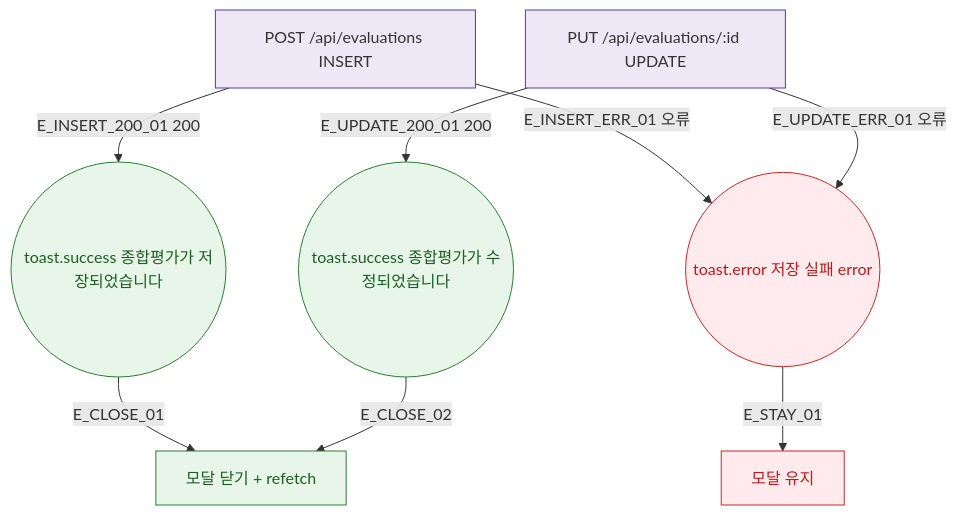
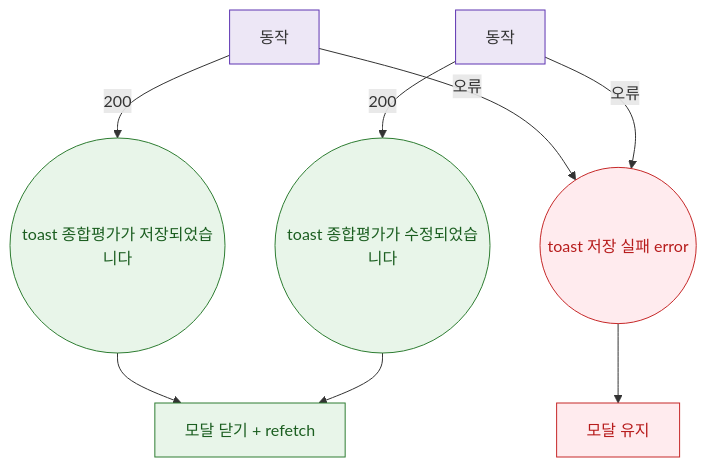
One commit to dev-spogym/admin-pando changed the diagram in docs/다이어그램/D02_회원관리/DLG/DLG-M024_종합평가등록/M3_결과분기.md. Above: the diagram before and after it, drawn with Mermaid. The commit also changed other lines of this file and 1660 other files, not shown here.

First line of the commit message:
다이어그램: 기획자/클라이언트 납품본으로 정리

````diff
--- a/docs/다이어그램/D02_회원관리/DLG/DLG-M024_종합평가등록/M3_결과분기.md
+++ b/docs/다이어그램/D02_회원관리/DLG/DLG-M024_종합평가등록/M3_결과분기.md
@@ -22,24 +20,24 @@
 ```mermaid
 flowchart TD
-  API_INSERT[POST /api/evaluations INSERT]
-  API_UPDATE[PUT /api/evaluations/:id UPDATE]
+  API_INSERT[동작]
+  API_UPDATE[동작]
 
-  API_INSERT -->|E_INSERT_200_01 200| TOAST_ADD((toast.success 종합평가가 저장되었습니다))
-  API_INSERT -->|E_INSERT_ERR_01 오류| TOAST_ERR((toast.error 저장 실패 error))
+  API_INSERT -->|200|TOAST_ADD((toast 종합평가가 저장되었습니다))
+  API_INSERT -->|오류|TOAST_ERR((toast 저장 실패 error))
 
-  API_UPDATE -->|E_UPDATE_200_01 200| TOAST_EDIT((toast.success 종합평가가 수정되었습니다))
-  API_UPDATE -->|E_UPDATE_ERR_01 오류| TOAST_ERR
+  API_UPDATE -->|200|TOAST_EDIT((toast 종합평가가 수정되었습니다))
+  API_UPDATE -->|오류|TOAST_ERR
 
-  TOAST_ADD  -->|E_CLOSE_01| POST_OK[모달 닫기 + refetch]
-  TOAST_EDIT -->|E_CLOSE_02| POST_OK
+  TOAST_ADD --> POST_OK[모달 닫기 + refetch]
+  TOAST_EDIT --> POST_OK
 
-  TOAST_ERR  -->|E_STAY_01| MODAL_STAY[모달 유지]
+  TOAST_ERR --> MODAL_STAY[모달 유지]
 
   classDef success fill:#E8F5E9,stroke:#2E7D32,color:#1B5E20
-  classDef error   fill:#FFEBEE,stroke:#C62828,color:#B71C1C
-  classDef system  fill:#EDE7F6,stroke:#5E35B2
+  classDef error fill:#FFEBEE,stroke:#C62828,color:#B71C1C
+  classDef system fill:#EDE7F6,stroke:#5E35B2
 
   class TOAST_ADD,TOAST_EDIT,POST_OK success
   class TOAST_ERR,MODAL_STAY error
   class API_INSERT,API_UPDATE system
 ```
````
